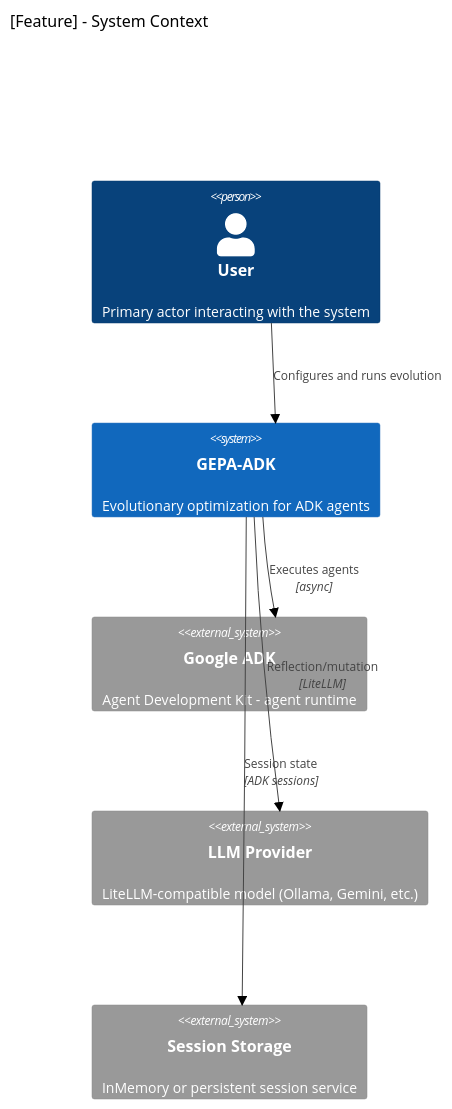
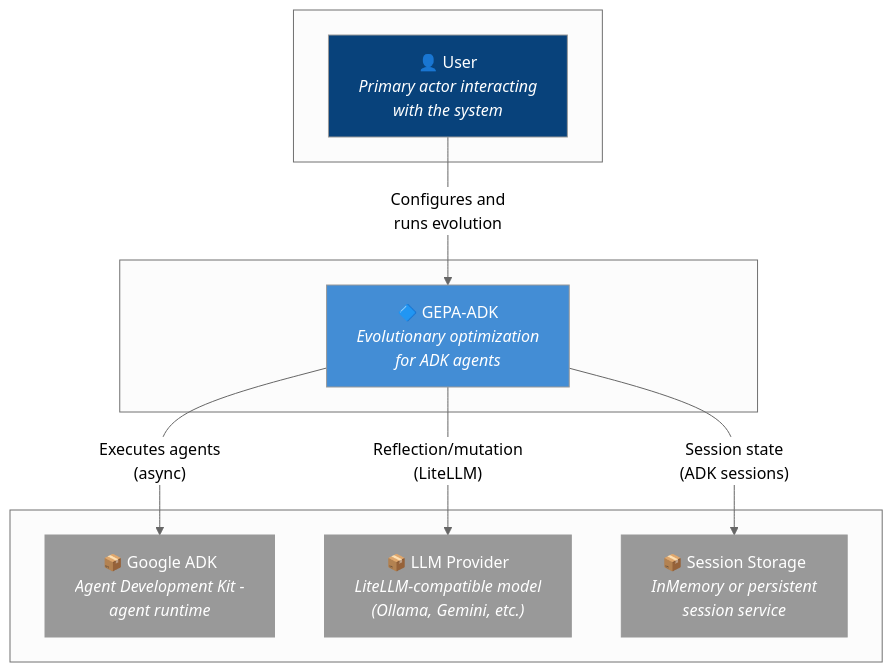
Before and after one commit to Alberto-Codes/gepa-adk: the first of 11 diagrams in .specify/templates/architecture-template.md, drawn with Mermaid (neutral theme). The commit also changed other lines of this file, not shown here.

Commit message:
feat(spec): enhance architecture documentation with flowchart diagrams for clarity

````diff
--- a/.specify/templates/architecture-template.md
+++ b/.specify/templates/architecture-template.md
@@ -47,16 +47,27 @@
 ```mermaid
-C4Context
-title [Feature] - System Context
+flowchart TB
+    subgraph Actors[" "]
+        user["👤 User<br/><i>Primary actor interacting<br/>with the system</i>"]
+    end
 
-Person(user, "User", "Primary actor interacting with the system")
-System(gepa, "GEPA-ADK", "Evolutionary optimization for ADK agents")
+    subgraph System[" "]
+        gepa["🔷 GEPA-ADK<br/><i>Evolutionary optimization<br/>for ADK agents</i>"]
+    end
 
-System_Ext(adk, "Google ADK", "Agent Development Kit - agent runtime")
-System_Ext(llm, "LLM Provider", "LiteLLM-compatible model (Ollama, Gemini, etc.)")
-System_Ext(storage, "Session Storage", "InMemory or persistent session service")
+    subgraph External[" "]
+        adk["📦 Google ADK<br/><i>Agent Development Kit -<br/>agent runtime</i>"]
+        llm["📦 LLM Provider<br/><i>LiteLLM-compatible model<br/>(Ollama, Gemini, etc.)</i>"]
+        storage["📦 Session Storage<br/><i>InMemory or persistent<br/>session service</i>"]
+    end
 
-Rel(user, gepa, "Configures and runs evolution")
-Rel(gepa, adk, "Executes agents", "async")
-Rel(gepa, llm, "Reflection/mutation", "LiteLLM")
-Rel(gepa, storage, "Session state", "ADK sessions")
+    user -->|"Configures and<br/>runs evolution"| gepa
+    gepa -->|"Executes agents<br/>(async)"| adk
+    gepa -->|"Reflection/mutation<br/>(LiteLLM)"| llm
+    gepa -->|"Session state<br/>(ADK sessions)"| storage
+
+    style gepa fill:#438DD5,color:#fff
+    style adk fill:#999,color:#fff
+    style llm fill:#999,color:#fff
+    style storage fill:#999,color:#fff
+    style user fill:#08427B,color:#fff
 ```
````
